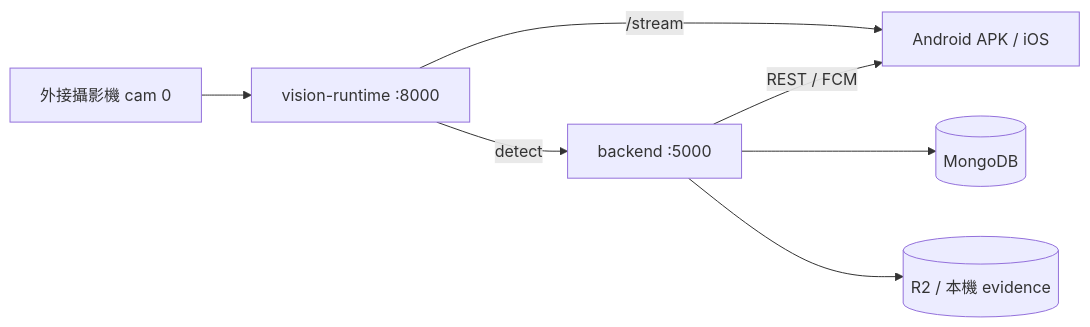
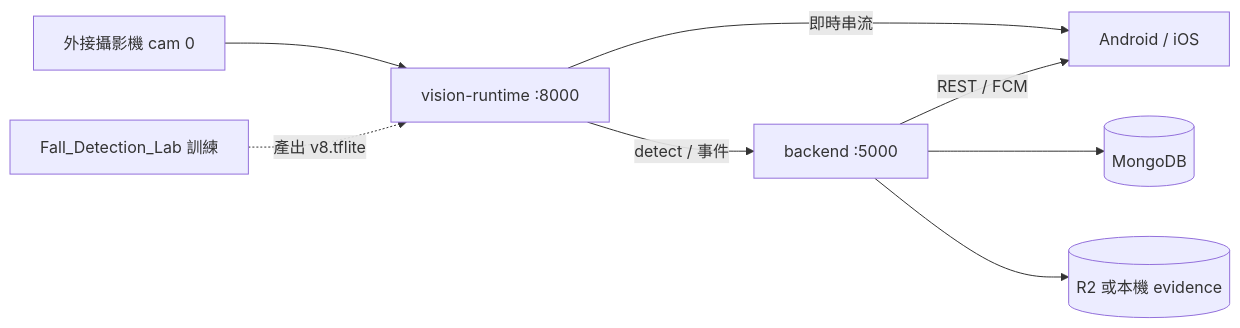
One commit to takecare-agent/MyApp changed the first of 5 diagrams in docs/系統文件書_TakeCare_2026-09-13.md. Above: the diagram before and after it, drawn with Mermaid. The commit also changed other lines of this file and 46 other files, not shown here.

First line of the commit message:
feat: 聊天即時同步、監看截圖修復與系統文件入庫

````diff
--- a/docs/系統文件書_TakeCare_2026-09-13.md
+++ b/docs/系統文件書_TakeCare_2026-09-13.md
@@ -129,9 +186,10 @@
 ```mermaid
 flowchart LR
   cam[外接攝影機 cam 0] --> vis[vision-runtime :8000]
-  vis -->|detect| be[backend :5000]
-  vis -->|/stream| app[Android APK / iOS]
+  vis -->|detect / 事件| be[backend :5000]
+  vis -->|即時串流| app[Android / iOS]
   be -->|REST / FCM| app
   be --> db[(MongoDB)]
-  be --> r2[(R2 / 本機 evidence)]
+  be --> files[(R2 或本機 evidence)]
+  lab[Fall_Detection_Lab 訓練] -.->|產出 v8.tflite| vis
 ```
````
